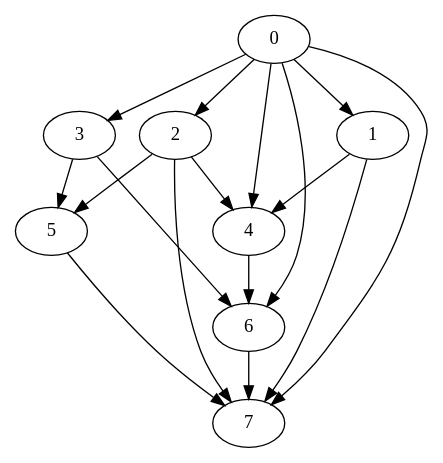
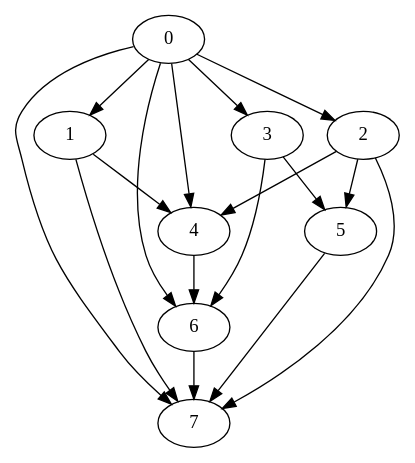
One commit to PJhaveri02/Task-Scheduler changed the diagram in dot/Nodes_8_Random-output.dot. Above: the diagram before and after it, drawn with Graphviz. The commit also changed 4 other files, not shown here.

```diff
--- a/dot/Nodes_8_Random-output.dot
+++ b/dot/Nodes_8_Random-output.dot
@@ -1,26 +1,26 @@
 digraph "outputGraph" {
-		3	[Weight=159, Start=42, Processor=2]
-		0 -> 3   [Weight = 7];
-		1	[Weight=88, Start=38, Processor=3]
-		0 -> 1   [Weight = 3];
-		5	[Weight=141, Start=217, Processor=3]
-		3 -> 5   [Weight = 5];
-		2 -> 5   [Weight = 6];
-		0	[Weight=35, Start=0, Processor=4]
-		2	[Weight=176, Start=35, Processor=4]
+		0	[Weight=35, Start=0, Processor=1]
+		2	[Weight=176, Start=35, Processor=1]
 		0 -> 2   [Weight = 9];
-		4	[Weight=176, Start=211, Processor=4]
+		4	[Weight=176, Start=211, Processor=1]
 		0 -> 4   [Weight = 5];
 		2 -> 4   [Weight = 8];
 		1 -> 4   [Weight = 10];
-		6	[Weight=141, Start=387, Processor=4]
+		6	[Weight=141, Start=387, Processor=1]
 		0 -> 6   [Weight = 4];
 		3 -> 6   [Weight = 8];
 		4 -> 6   [Weight = 2];
-		7	[Weight=53, Start=528, Processor=4]
+		7	[Weight=53, Start=528, Processor=1]
 		5 -> 7   [Weight = 4];
 		0 -> 7   [Weight = 9];
 		6 -> 7   [Weight = 8];
 		2 -> 7   [Weight = 3];
 		1 -> 7   [Weight = 6];
+		1	[Weight=88, Start=38, Processor=2]
+		0 -> 1   [Weight = 3];
+		3	[Weight=159, Start=126, Processor=2]
+		0 -> 3   [Weight = 7];
+		5	[Weight=141, Start=285, Processor=2]
+		3 -> 5   [Weight = 5];
+		2 -> 5   [Weight = 6];
 }
```
